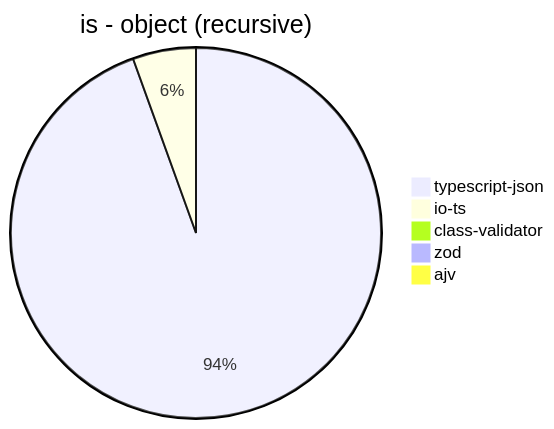
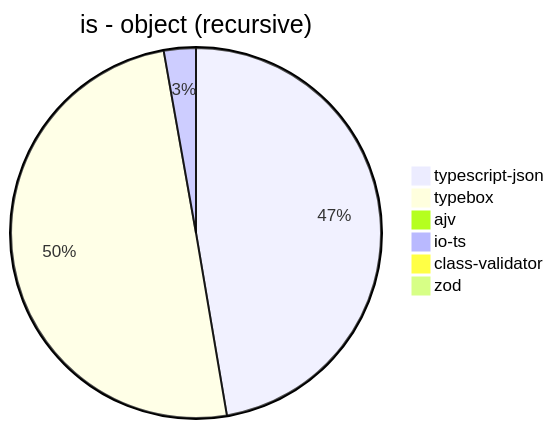
Before and after one commit to samchon/typia: the second of 39 diagrams in benchmark/results/AMD Ryzen 9 5900HX with Radeon Graphics.md, drawn with Mermaid. The commit also changed other lines of this file and 7 other files, not shown here.

````diff
--- a/benchmark/results/AMD Ryzen 9 5900HX with Radeon Graphics.md
+++ b/benchmark/results/AMD Ryzen 9 5900HX with Radeon Graphics.md
@@ -31,8 +32,9 @@
 ```mermaid
 pie title is - object (recursive)
-  "typescript-json": 85109.68687053653
-  "io-ts": 4968.164453338185
-  "class-validator": 45.83410651326776
-  "zod": 74.53301276123544
+  "typescript-json": 80975.26113249038
+  "typebox": 85332.54631311297
   "ajv": 0
+  "io-ts": 4780.326665443201
+  "class-validator": 43.40567612687813
+  "zod": 72.08196121478228
 ```
````
